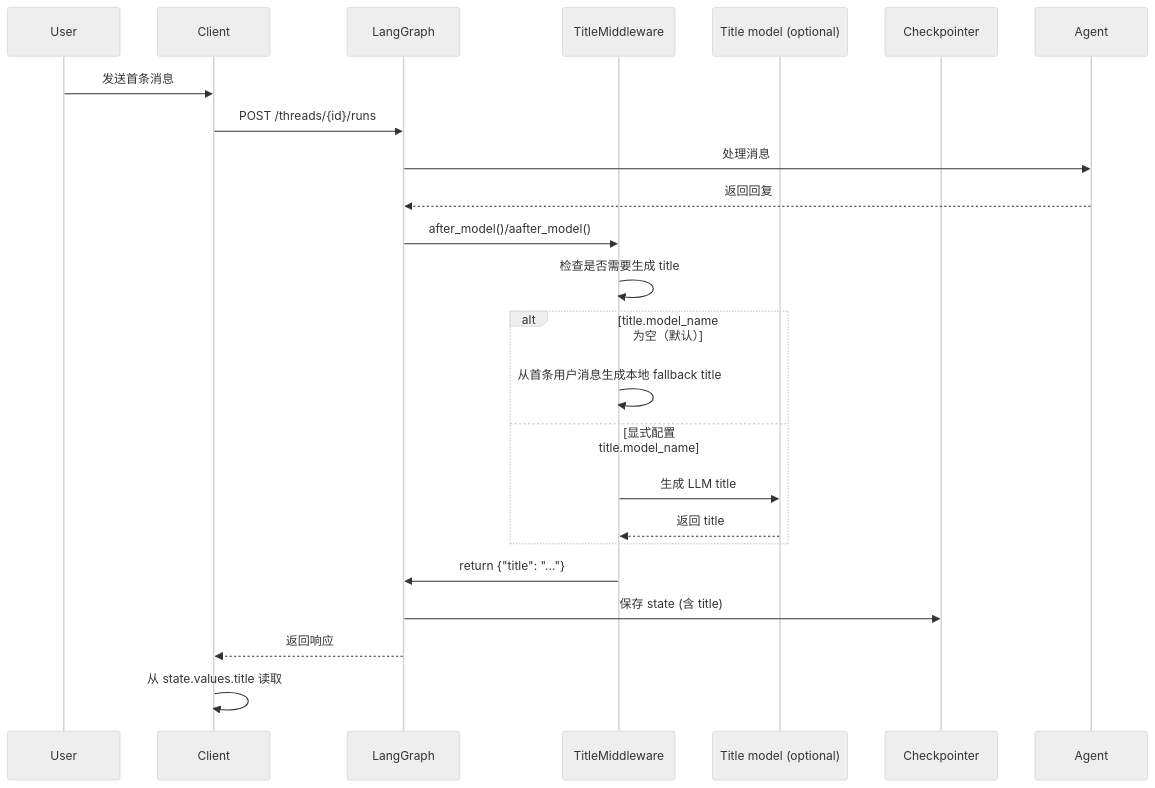
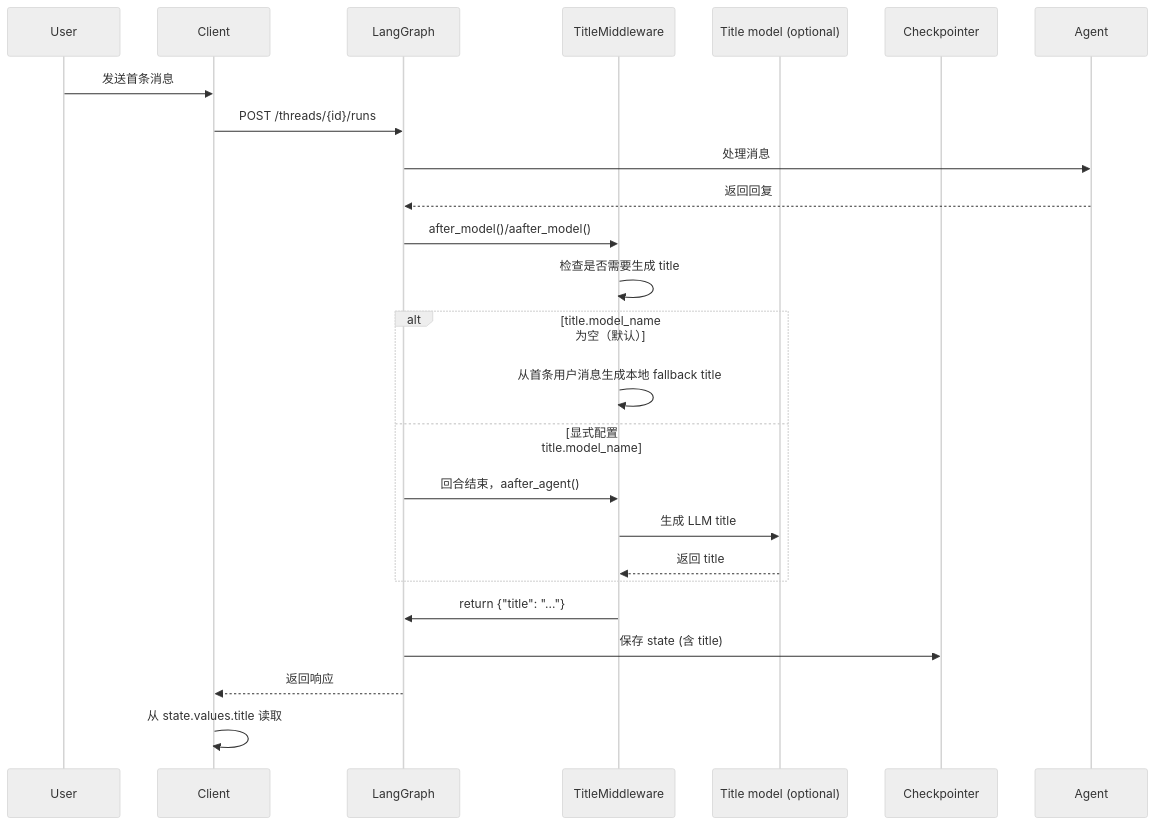
One commit to bytedance/deer-flow changed the diagram in backend/docs/AUTO_TITLE_GENERATION.md. Above: the diagram before and after it, drawn with Mermaid (neutral theme). The commit also changed other lines of this file and 4 other files, not shown here.

````diff
--- a/backend/docs/AUTO_TITLE_GENERATION.md
+++ b/backend/docs/AUTO_TITLE_GENERATION.md
@@ -148,26 +148,27 @@
 ```mermaid
 sequenceDiagram
     participant User
     participant Client
     participant LangGraph
     participant TitleMiddleware
     participant TitleModel as Title model (optional)
     participant Checkpointer
 
     User->>Client: 发送首条消息
     Client->>LangGraph: POST /threads/{id}/runs
     LangGraph->>Agent: 处理消息
     Agent-->>LangGraph: 返回回复
     LangGraph->>TitleMiddleware: after_model()/aafter_model()
     TitleMiddleware->>TitleMiddleware: 检查是否需要生成 title
     alt title.model_name 为空（默认）
         TitleMiddleware->>TitleMiddleware: 从首条用户消息生成本地 fallback title
     else 显式配置 title.model_name
+        LangGraph->>TitleMiddleware: 回合结束，aafter_agent()
         TitleMiddleware->>TitleModel: 生成 LLM title
         TitleModel-->>TitleMiddleware: 返回 title
     end
     TitleMiddleware->>LangGraph: return {"title": "..."}
     LangGraph->>Checkpointer: 保存 state (含 title)
     LangGraph-->>Client: 返回响应
     Client->>Client: 从 state.values.title 读取
 ```
````
